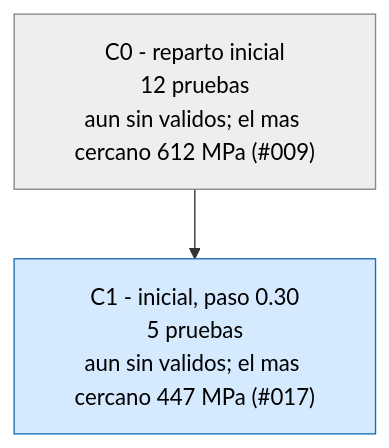
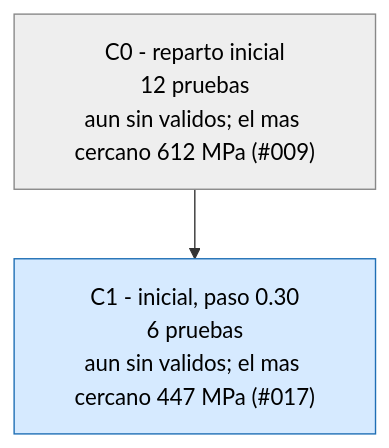
The third of 3 diagrams in runs/opt_37800N/ARBOL.md (Hugiko/msd-soporte-optimizacion), drawn with Mermaid before and after one commit. The commit also changed 19 other files, not shown here.

````diff
--- a/runs/opt_37800N/ARBOL.md
+++ b/runs/opt_37800N/ARBOL.md
@@ -33,9 +33,9 @@
 ```mermaid
 graph TD
 classDef activa fill:#d6eaff,stroke:#1f6fb5,color:#000
 classDef fin fill:#eeeeee,stroke:#888,color:#000
 classDef mejor fill:#c8f0c0,stroke:#1a9850,stroke-width:4px,color:#000
 C0["C0 - reparto inicial<br/>12 pruebas<br/>aun sin validos; el mas cercano 612 MPa (#009)"]:::fin
-C1["C1 - inicial, paso 0.30<br/>5 pruebas<br/>aun sin validos; el mas cercano 447 MPa (#017)"]:::activa
+C1["C1 - inicial, paso 0.30<br/>6 pruebas<br/>aun sin validos; el mas cercano 447 MPa (#017)"]:::activa
 C0 --> C1
 ```
````
